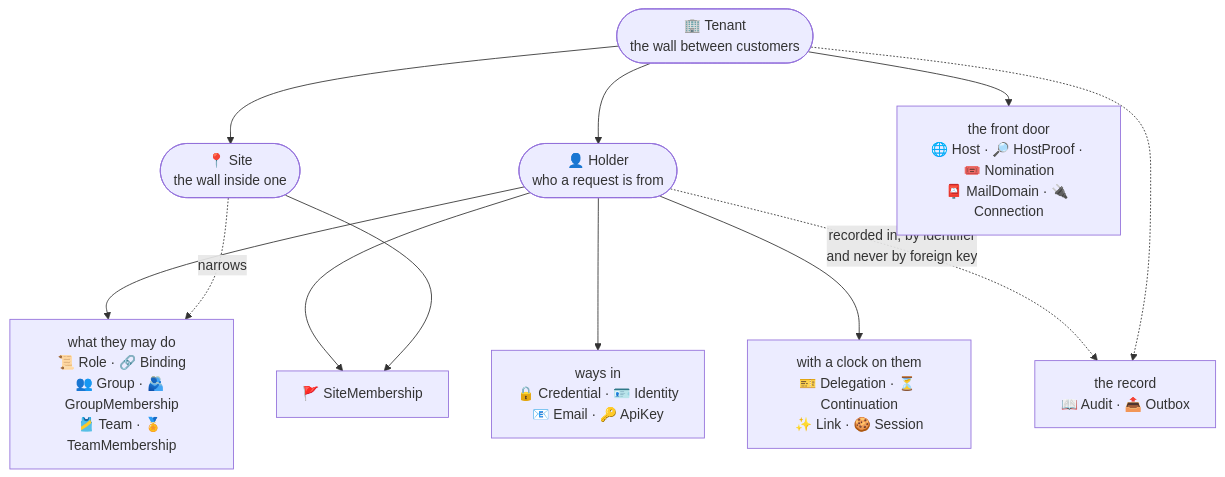
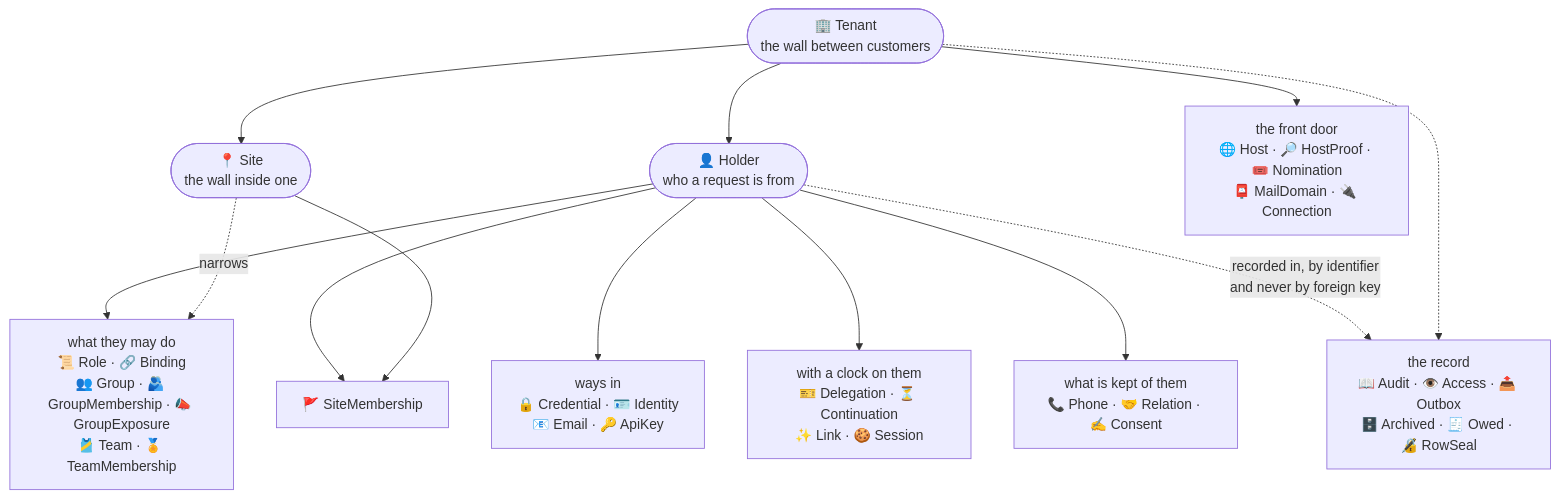
One commit to lesomnus/roster changed the first of 8 diagrams in docs/entity.md. Above: the diagram before and after it, drawn with Mermaid. The commit also changed other lines of this file and 36 other files, not shown here.

````diff
--- a/docs/entity.md
+++ b/docs/entity.md
@@ -37,26 +37,28 @@
 ```mermaid
 flowchart TB
   T(["🏢 Tenant<br/>the wall between customers"])
   S(["📍 Site<br/>the wall inside one"])
   H(["👤 Holder<br/>who a request is from"])
 
   T --> S
   T --> H
 
   W["ways in<br/>🔒 Credential · 🪪 Identity<br/>📧 Email · 🔑 ApiKey"]
   B["with a clock on them<br/>🎫 Delegation · ⏳ Continuation<br/>✨ Link · 🍪 Session"]
-  M["what they may do<br/>📜 Role · 🔗 Binding<br/>👥 Group · 🫂 GroupMembership<br/>🎽 Team · 🏅 TeamMembership"]
+  M["what they may do<br/>📜 Role · 🔗 Binding<br/>👥 Group · 🫂 GroupMembership · 📣 GroupExposure<br/>🎽 Team · 🏅 TeamMembership"]
+  K["what is kept of them<br/>📞 Phone · 🤝 Relation · ✍️ Consent"]
   F["the front door<br/>🌐 Host · 🔎 HostProof · 🎟️ Nomination<br/>📮 MailDomain · 🔌 Connection"]
-  R["the record<br/>📖 Audit · 📤 Outbox"]
+  R["the record<br/>📖 Audit · 👁️ Access · 📤 Outbox<br/>🗄️ Archived · 🧾 Owed · 🔏 RowSeal"]
   SM["🚩 SiteMembership"]
 
   H --> W
   H --> B
   H --> M
+  H --> K
   S -.->|narrows| M
   H --> SM
   S --> SM
   T --> F
   H -. "recorded in, by identifier<br/>and never by foreign key" .-> R
   T -.-> R
 ```
````
